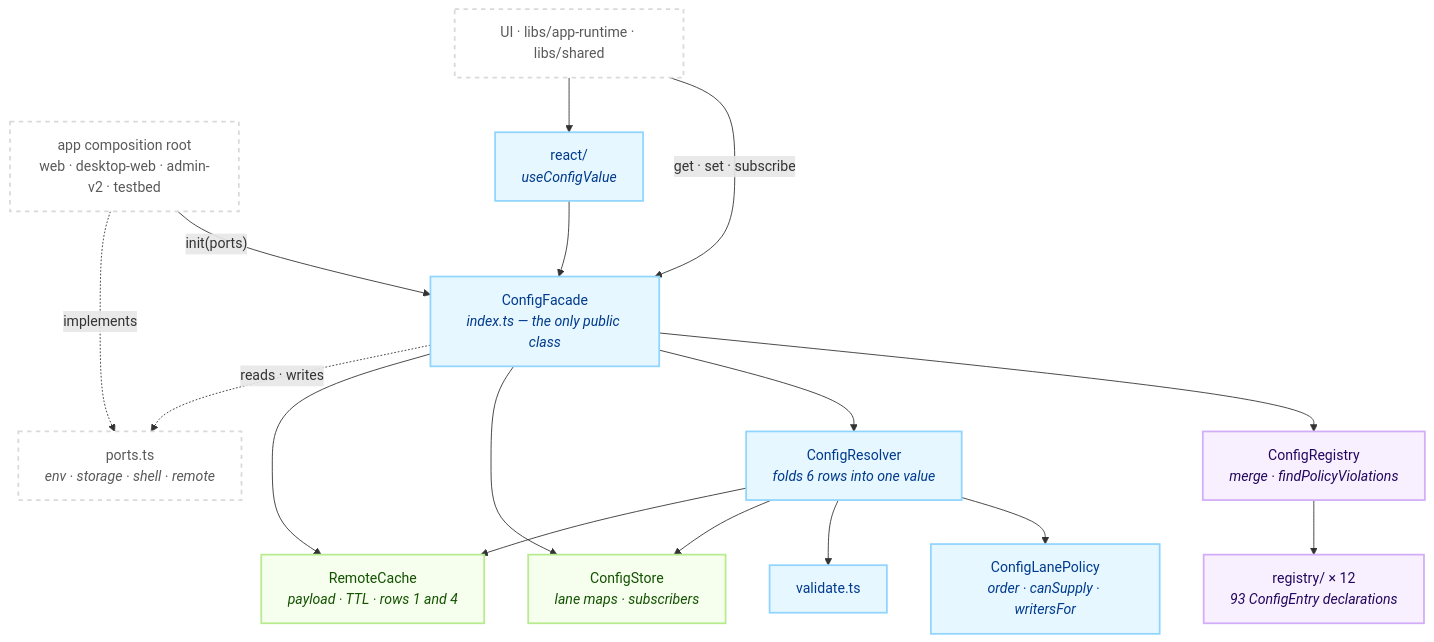
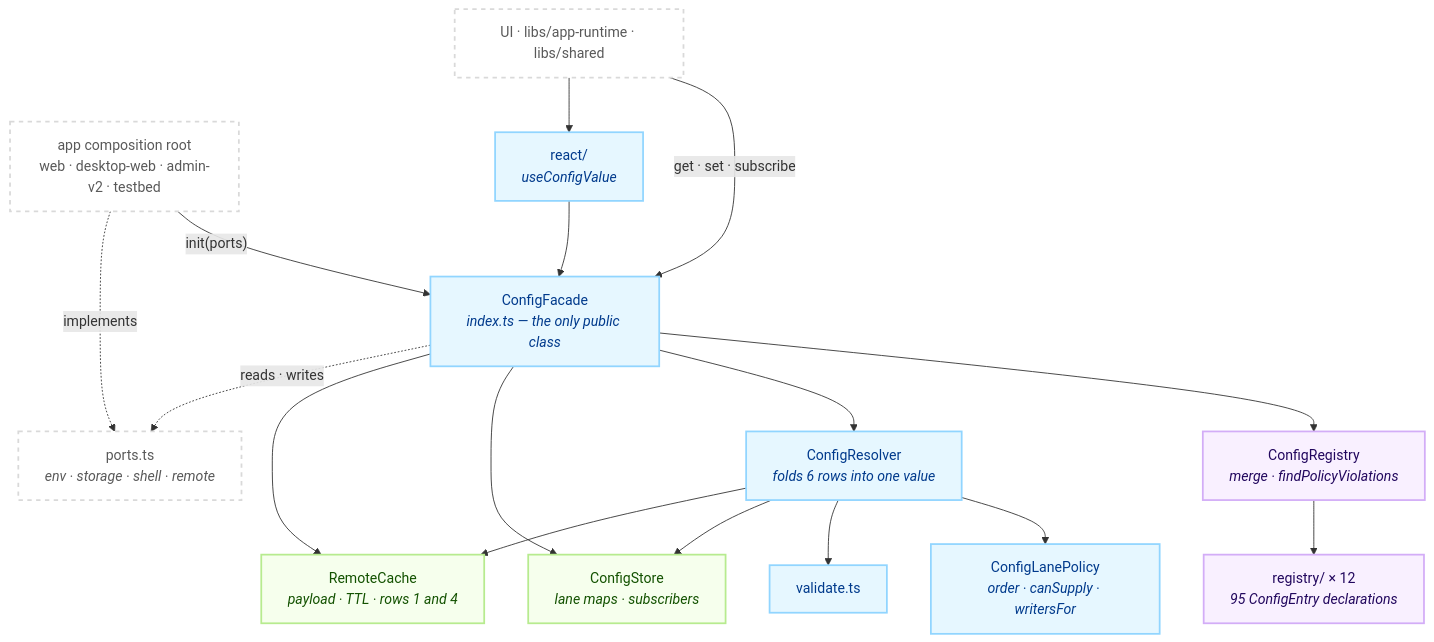
Before and after one commit to lemoncloud-io/dou-app: the first of 2 diagrams in libs/config/README.md, drawn with Mermaid. The commit also changed other lines of this file and 62 other files, not shown here.

````diff
--- a/libs/config/README.md
+++ b/libs/config/README.md
@@ -60,40 +60,40 @@
 ```mermaid
 flowchart TD
     classDef decl fill:#f9f0ff,stroke:#d3adf7,stroke-width:2px,color:#22075e;
     classDef resl fill:#e6f7ff,stroke:#91d5ff,stroke-width:2px,color:#003a8c;
     classDef hold fill:#f6ffed,stroke:#b7eb8f,stroke-width:2px,color:#135200;
     classDef ext fill:#ffffff,stroke:#d9d9d9,stroke-width:2px,color:#595959,stroke-dasharray: 5 5;
 
     App["app composition root<br/>web · desktop-web · admin-v2 · testbed"]:::ext
     UI["UI · libs/app-runtime · libs/shared"]:::ext
 
     Facade["ConfigFacade<br/><i>index.ts — the only public class</i>"]:::resl
     React["react/<br/><i>useConfigValue</i>"]:::resl
 
     Registry["ConfigRegistry<br/><i>merge · findPolicyViolations</i>"]:::decl
-    Modules["registry/ × 12<br/><i>93 ConfigEntry declarations</i>"]:::decl
+    Modules["registry/ × 12<br/><i>95 ConfigEntry declarations</i>"]:::decl
 
     Resolver["ConfigResolver<br/><i>folds 6 rows into one value</i>"]:::resl
     Policy["ConfigLanePolicy<br/><i>order · canSupply · writersFor</i>"]:::resl
     Validate["validate.ts"]:::resl
 
     Store["ConfigStore<br/><i>lane maps · subscribers</i>"]:::hold
     Remote["RemoteCache<br/><i>payload · TTL · rows 1 and 4</i>"]:::hold
 
     Ports["ports.ts<br/><i>env · storage · shell · remote</i>"]:::ext
 
     App -->|"init(ports)"| Facade
     UI -->|"get · set · subscribe"| Facade
     UI --> React
     React --> Facade
     Facade --> Registry --> Modules
     Facade --> Resolver
     Facade --> Store
     Facade --> Remote
     Resolver --> Policy
     Resolver --> Validate
     Resolver --> Store
     Resolver --> Remote
     Facade -.->|"reads · writes"| Ports
     App -.->|"implements"| Ports
 ```
````
